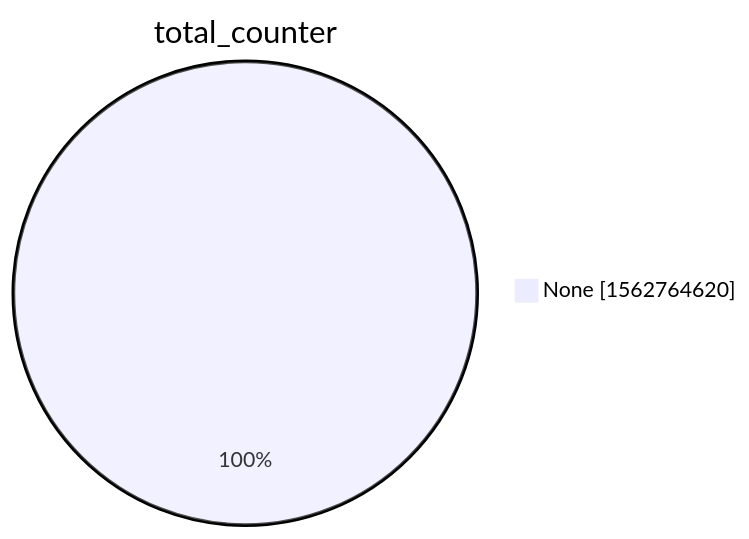
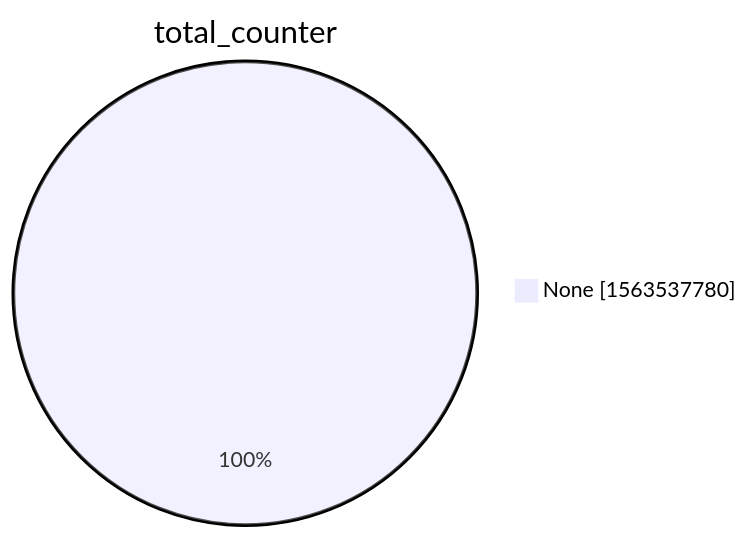
One commit to christiankrug/ctmonitor_visualization changed the second of 15 diagrams in xenon2022/README.md. Above: the diagram before and after it, drawn with Mermaid. The commit also changed other lines of this file, not shown here.

````diff
--- a/xenon2022/README.md
+++ b/xenon2022/README.md
@@ -9,5 +9,5 @@
 ```mermaid
 pie showData
 title total_counter
-"None" :1562764620
+"None" :1563537780
 ```
````
